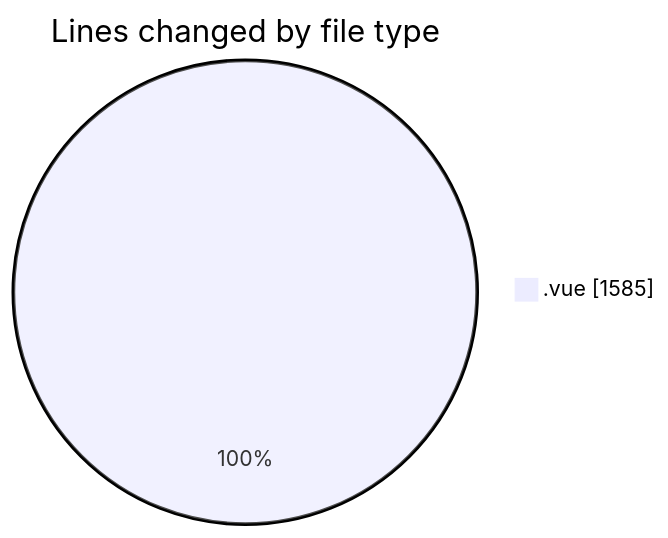
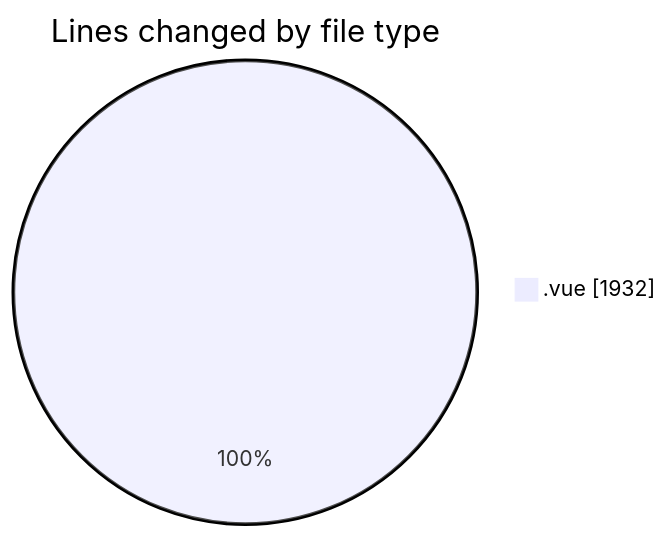
One commit to lephambinh05/code-tracking changed the first of 2 diagrams in 2025-08-14/rentotp/README.md. Above: the diagram before and after it, drawn with Mermaid. The commit also changed other lines of this file and 1 other file, not shown here.

````diff
--- a/2025-08-14/rentotp/README.md
+++ b/2025-08-14/rentotp/README.md
@@ -21,5 +21,5 @@
 ```mermaid
 pie showData
 title Lines changed by file type
-".vue" : 1585
+".vue" : 1932
 ```
````
